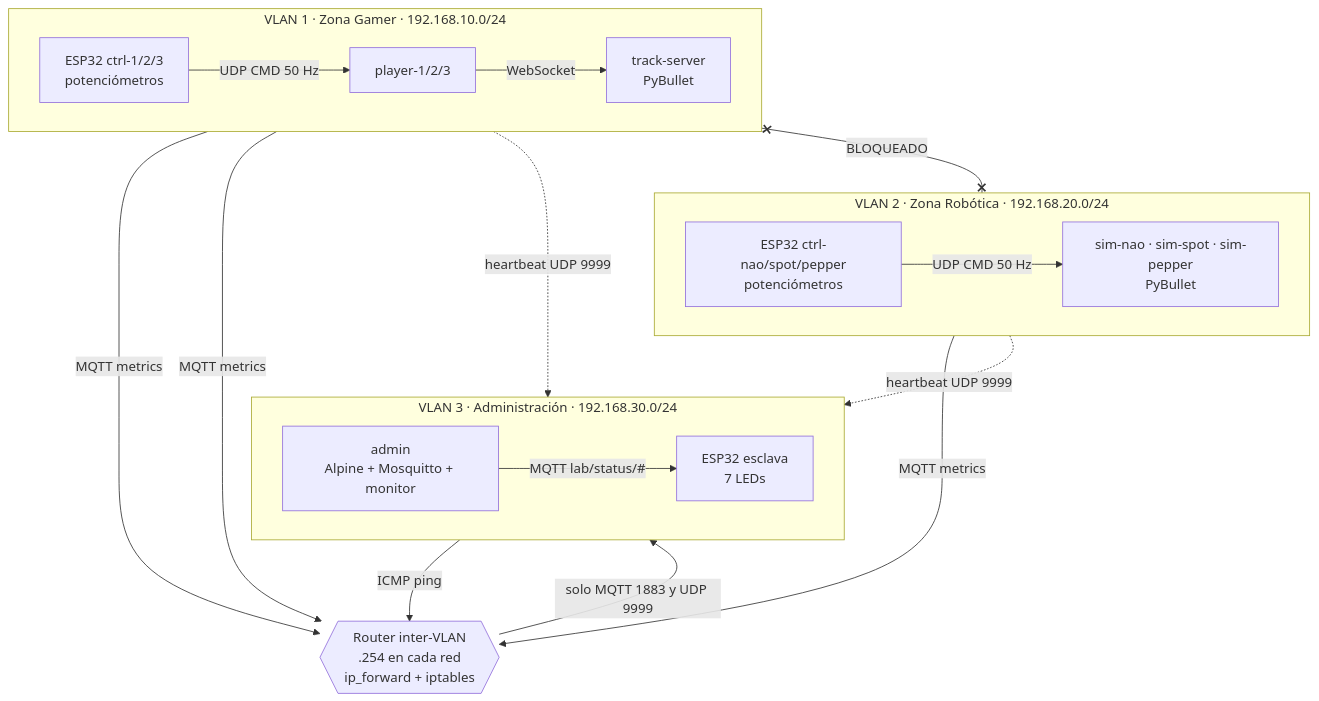
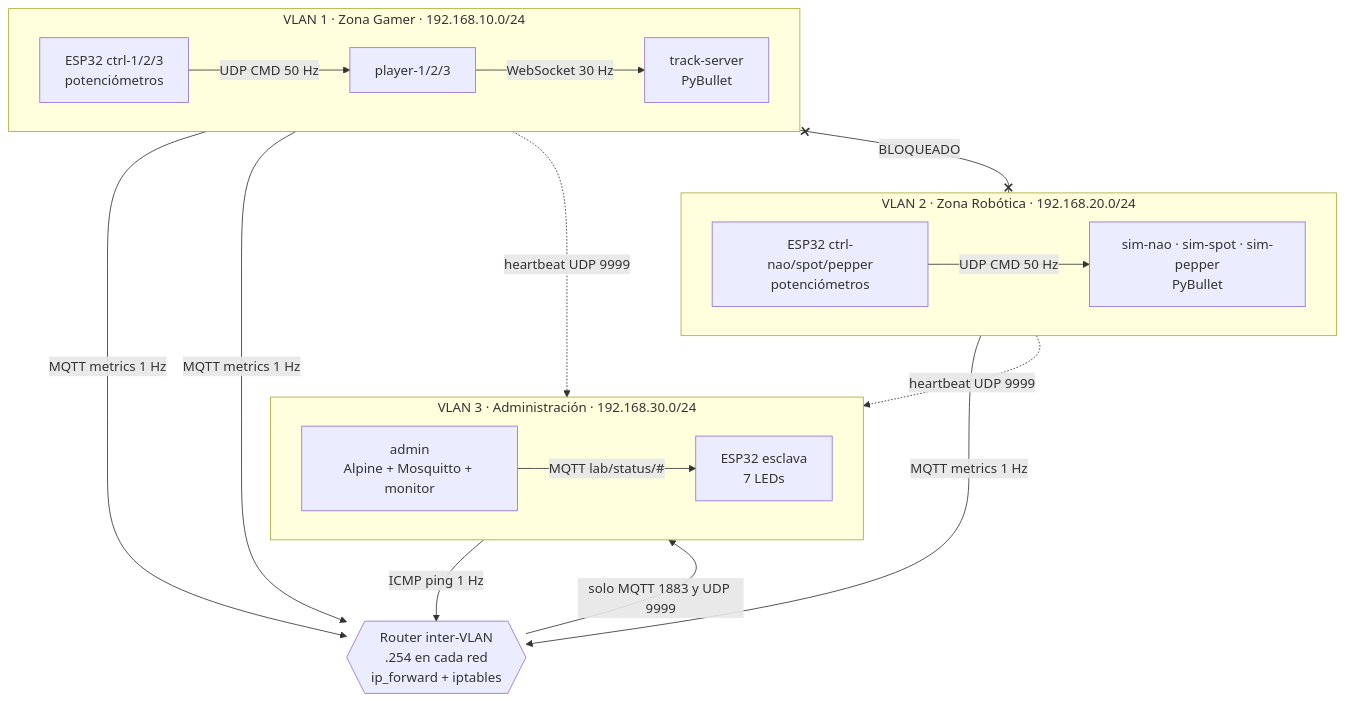
The first of 2 diagrams in README.md (mafer1608-7/Actividad-8), drawn with Mermaid before and after one commit. The commit also changed other lines of this file, not shown here.

````diff
--- a/README.md
+++ b/README.md
@@ -49,22 +93,22 @@
 ```mermaid
 flowchart TB
     subgraph V1["VLAN 1 · Zona Gamer · 192.168.10.0/24"]
         direction LR
         E1["ESP32 ctrl-1/2/3<br/>potenciómetros"] -- "UDP CMD 50 Hz" --> P["player-1/2/3"]
-        P -- "WebSocket" --> TS["track-server<br/>PyBullet"]
+        P -- "WebSocket 30 Hz" --> TS["track-server<br/>PyBullet"]
     end
     subgraph V2["VLAN 2 · Zona Robótica · 192.168.20.0/24"]
         direction LR
         E2["ESP32 ctrl-nao/spot/pepper<br/>potenciómetros"] -- "UDP CMD 50 Hz" --> S["sim-nao · sim-spot · sim-pepper<br/>PyBullet"]
     end
     R{{"Router inter-VLAN<br/>.254 en cada red<br/>ip_forward + iptables"}}
     subgraph V3["VLAN 3 · Administración · 192.168.30.0/24"]
         direction LR
         A["admin<br/>Alpine + Mosquitto + monitor"] -- "MQTT lab/status/#" --> L["ESP32 esclava<br/>7 LEDs"]
     end
-    P & TS & S -- "MQTT metrics" --> R
+    P & TS & S -- "MQTT metrics 1 Hz" --> R
     R -- "solo MQTT 1883 y UDP 9999" --> A
-    A -- "ICMP ping" --> R
+    A -- "ICMP ping 1 Hz" --> R
     E1 & E2 -. "heartbeat UDP 9999" .-> A
     V1 x--x|"BLOQUEADO"| V2
 ```
````
